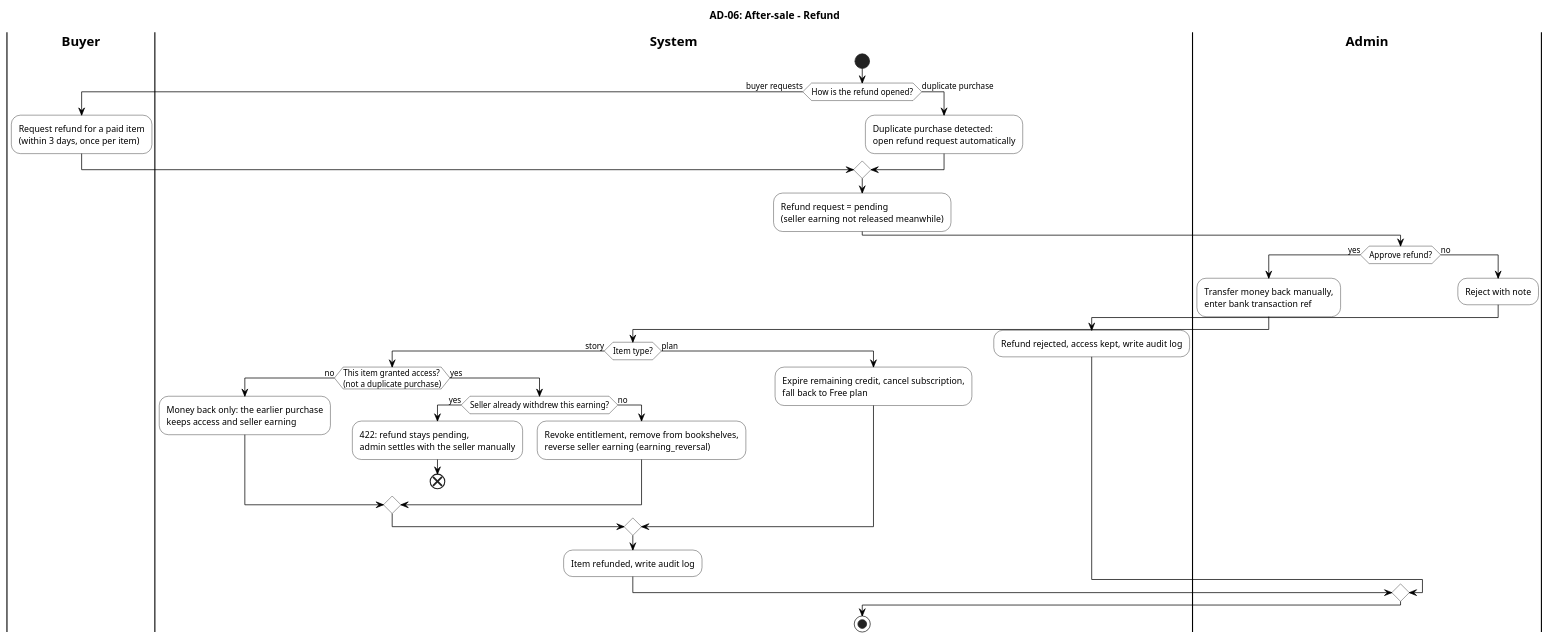
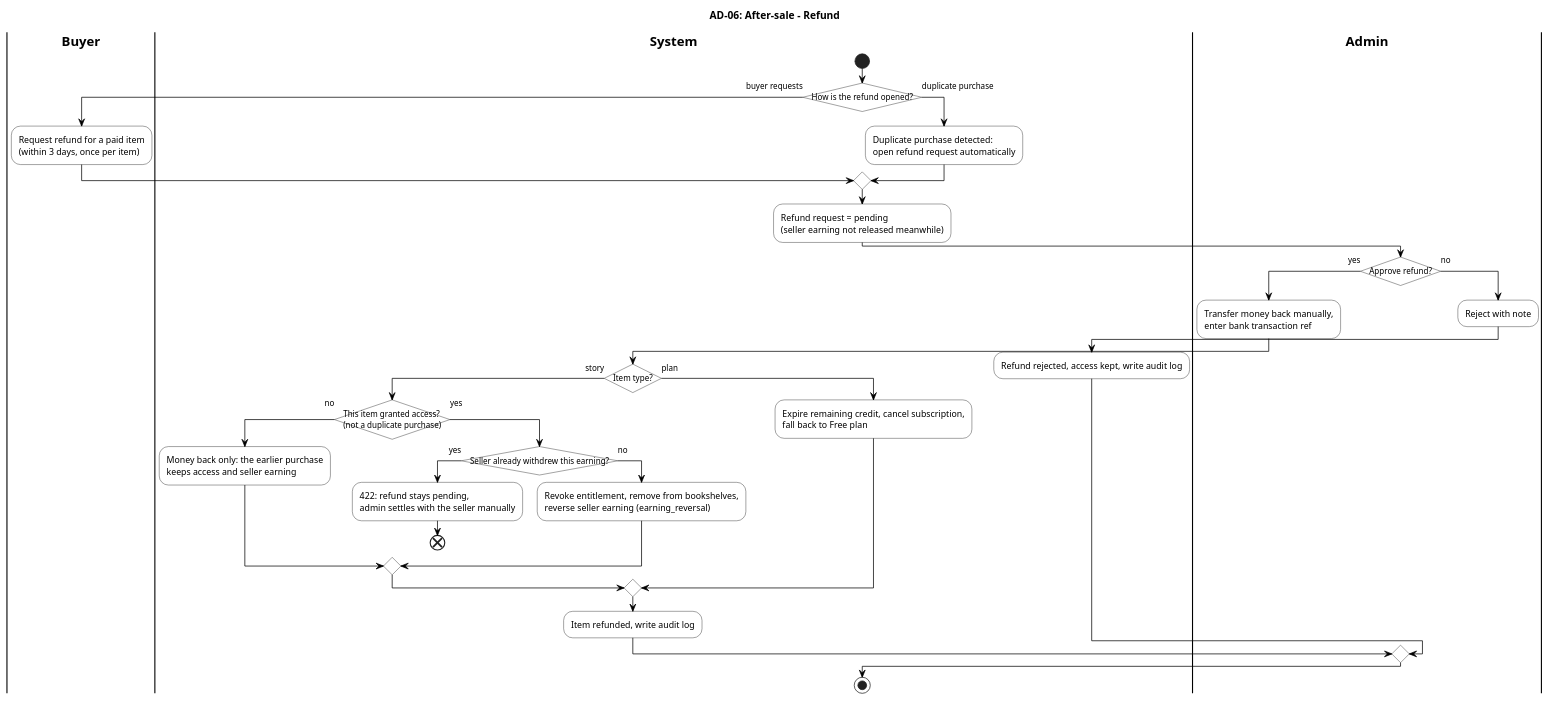
Before and after one commit to SEP490-GFA26SE186/BE: the diagram in docs/diagrams/activity/AD-06-refund.puml, drawn with PlantUML. The commit also changed 17 other files, not shown here.

```diff
--- a/docs/diagrams/activity/AD-06-refund.puml
+++ b/docs/diagrams/activity/AD-06-refund.puml
@@ -1,55 +1,56 @@
 @startuml AD-06-refund
 title AD-06: After-sale - Refund
 skinparam defaultFontName Arial
 skinparam shadowing false
+skinparam conditionStyle InsideDiamond
 skinparam ArrowColor #000000
 skinparam ActivityBackgroundColor #FFFFFF
 skinparam ActivityBorderColor #000000
 skinparam ActivityDiamondBackgroundColor #FFFFFF
 skinparam ActivityDiamondBorderColor #000000
 skinparam SwimlaneBorderColor #000000
 skinparam SwimlaneTitleFontStyle bold
 
 |Buyer|
 |System|
 |Admin|
 
 |System|
 start
 if (How is the refund opened?) then (buyer requests)
   |Buyer|
   :Request refund for a paid item\n(within 3 days, once per item);
 else (duplicate purchase)
   |System|
   :Duplicate purchase detected:\nopen refund request automatically;
 endif
 |System|
 :Refund request = pending\n(seller earning not released meanwhile);
 |Admin|
 if (Approve refund?) then (yes)
   :Transfer money back manually,\nenter bank transaction ref;
   |System|
   if (Item type?) then (story)
     if (This item granted access?\n(not a duplicate purchase)) then (no)
       :Money back only: the earlier purchase\nkeeps access and seller earning;
     else (yes)
       if (Seller already withdrew this earning?) then (yes)
         :422: refund stays pending,\nadmin settles with the seller manually;
         end
       else (no)
         :Revoke entitlement, remove from bookshelves,\nreverse seller earning (earning_reversal);
       endif
     endif
   else (plan)
     :Expire remaining credit, cancel subscription,\nfall back to Free plan;
   endif
   :Item refunded, write audit log;
 else (no)
   |Admin|
   :Reject with note;
   |System|
   :Refund rejected, access kept, write audit log;
 endif
 |System|
 stop
 @enduml
```
